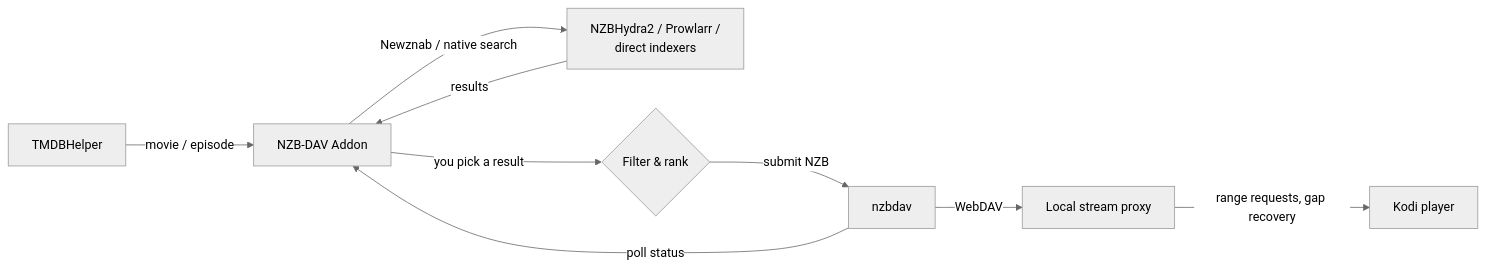
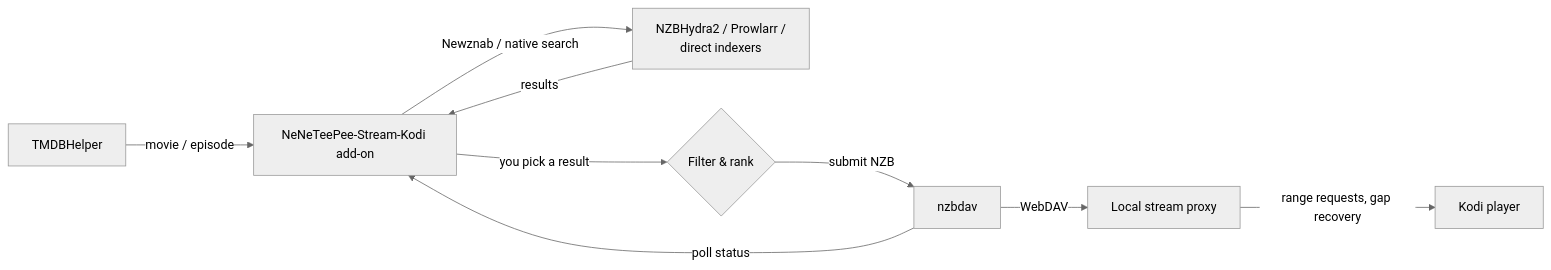
Before and after one commit to Appz4Fun/NeNeTeePee-Stream-Kodi: the diagram in README.md, drawn with Mermaid (neutral theme). The commit also changed other lines of this file and 148 other files, not shown here.

First line of the commit message:
Rename add-on to NeNeTeePee-Stream-Kodi and refresh backend documentation (#510)

````diff
--- a/README.md
+++ b/README.md
@@ -45,11 +49,11 @@
 ```mermaid
 flowchart LR
-    A[TMDBHelper] -->|movie / episode| B[NZB-DAV Addon]
+    A[TMDBHelper] -->|movie / episode| B[NeNeTeePee-Stream-Kodi add-on]
     B -->|Newznab / native search| C[NZBHydra2 / Prowlarr /<br/>direct indexers]
     C -->|results| B
     B -->|you pick a result| D{Filter & rank}
     D -->|submit NZB| E[nzbdav]
     E -->|poll status| B
     E -->|WebDAV| F[Local stream proxy]
     F -->|range requests, gap recovery| G[Kodi player]
 ```
````
